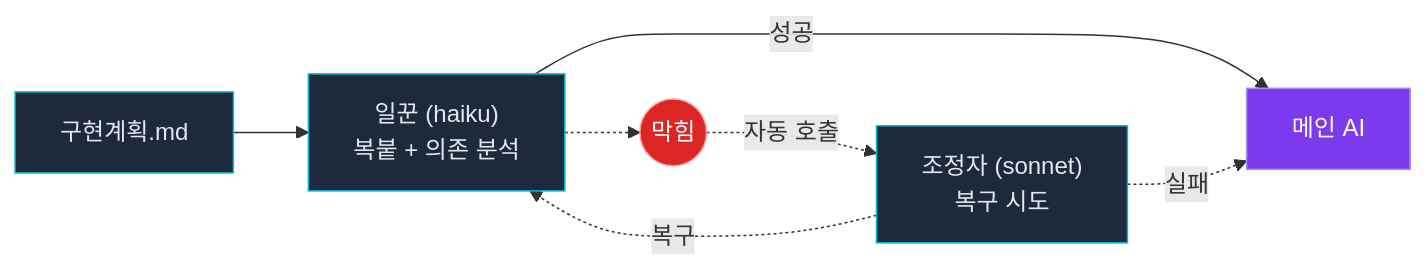
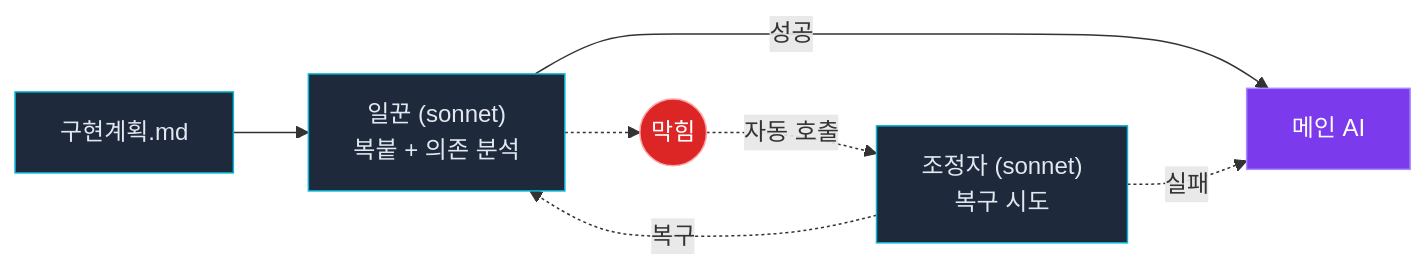
The third of 7 diagrams in README.md (LonerStayle/js-super), drawn with Mermaid before and after one commit. The commit also changed other lines of this file and 11 other files, not shown here.

````diff
--- a/README.md
+++ b/README.md
@@ -175,13 +175,13 @@
 ```mermaid
 flowchart LR
     classDef main fill:#7c3aed,stroke:#a78bfa,color:#fff
     classDef sub fill:#1e293b,stroke:#06b6d4,color:#e2e8f0
     classDef block fill:#dc2626,stroke:#fca5a5,color:#fff
 
-    P[구현계획.md]:::sub --> I["일꾼 (haiku)<br/>복붙 + 의존 분석"]:::sub
+    P[구현계획.md]:::sub --> I["일꾼 (sonnet)<br/>복붙 + 의존 분석"]:::sub
     I -->|성공| M[메인 AI]:::main
     I -.-> B(("막힘")):::block
     B -.->|자동 호출| R["조정자 (sonnet)<br/>복구 시도"]:::sub
     R -.->|복구| I
     R -.->|실패| M
 ```
````
